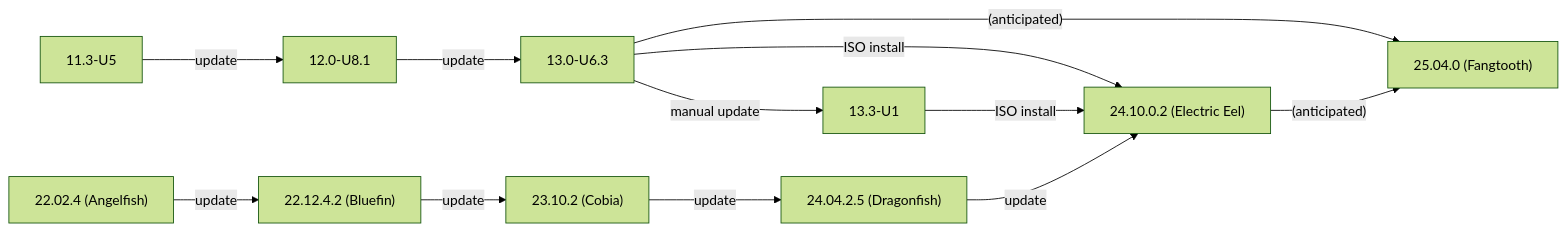
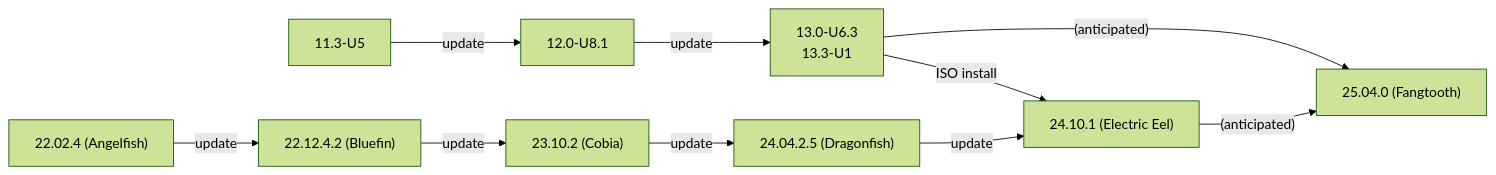
One commit to truenas/documentation changed the first of 2 diagrams in static/includes/SCALEUpgradePaths.md. Above: the diagram before and after it, drawn with Mermaid (forest theme). The commit also changed other lines of this file, not shown here.

```diff
--- a/static/includes/SCALEUpgradePaths.md
+++ b/static/includes/SCALEUpgradePaths.md
@@ -49,15 +60,13 @@
           {{< mermaid class="mermaid_sizing" >}}
           flowchart LR
             A["11.3-U5"] -->|update| B["12.0-U8.1"]
-            B -->|update| C["13.0-U6.3"]
-            C -->|manual update| E
-            C -->|ISO install| I
-            C -->|"(anticipated)"| J
-            D["22.02.4 (Angelfish)"] -->|update| F
-            E["13.3-U1"] -->|ISO install| I
-            F["22.12.4.2 (Bluefin)"] -->|update| G
-            G["23.10.2 (Cobia)"] -->|update| H
-            H["24.04.2.5 (Dragonfish)"] -->|update| I
-            I["24.10.0.2 (Electric Eel)"] -->|"(anticipated)"| J
-            J["25.04.0 (Fangtooth)"]
+            B -->|update| C["13.0-U6.3 <br> 13.3-U1"]
+            C -->|ISO install| H
+            C -->|"(anticipated)"| I
+            D["22.02.4 (Angelfish)"] -->|update| E
+            E["22.12.4.2 (Bluefin)"] -->|update| F
+            F["23.10.2 (Cobia)"] -->|update| G
+            G["24.04.2.5 (Dragonfish)"] -->|update| H
+            H["24.10.1 (Electric Eel)"] -->|"(anticipated)"| I
+            I["25.04.0 (Fangtooth)"]
           {{< /mermaid >}}
```
